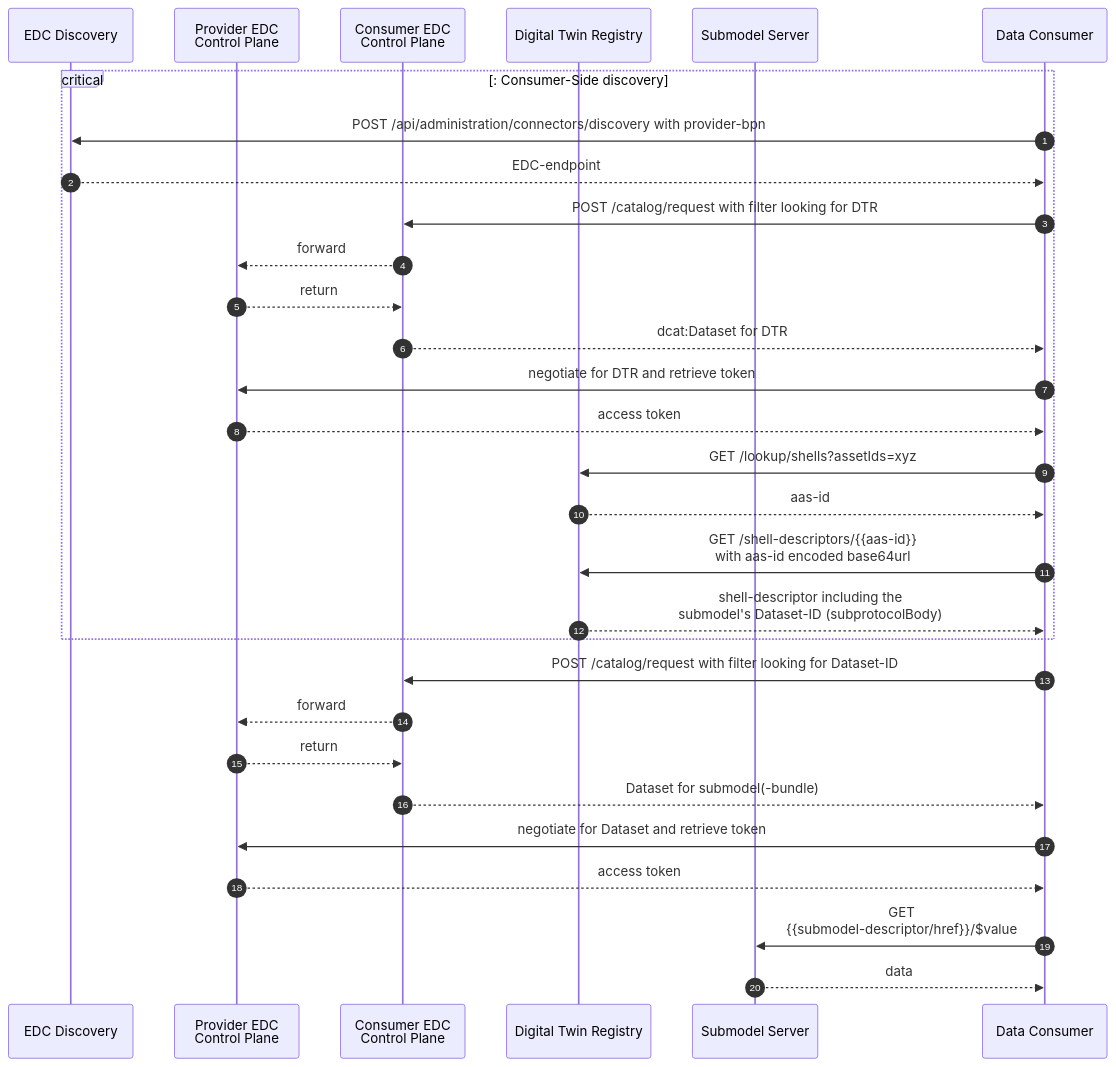
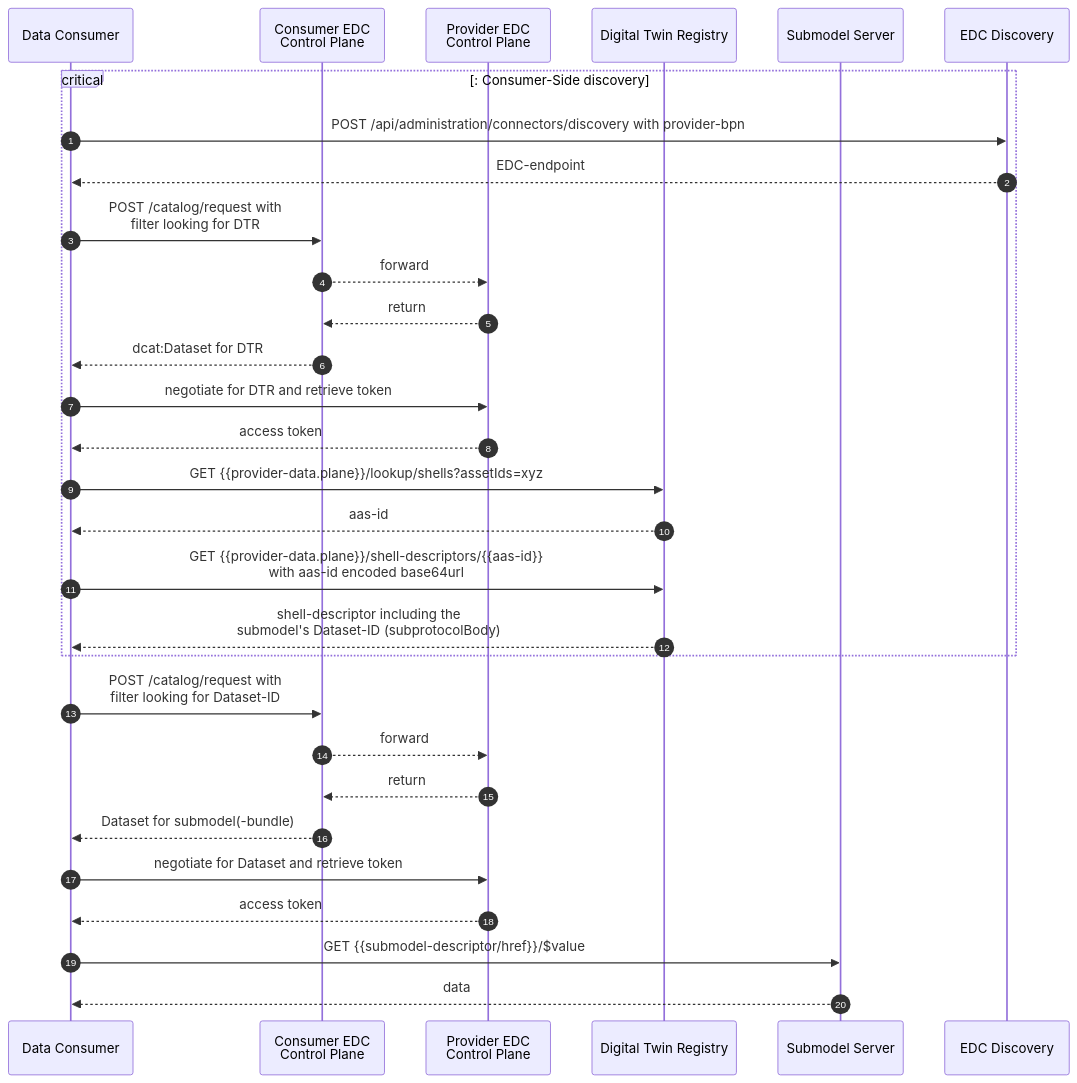
The third of 6 diagrams in docs-kits/kits/Digital Twin Kit/Software Development View/page_interaction-patterns.md (eclipse-tractusx/eclipse-tractusx.github.io), drawn with Mermaid before and after one commit. The commit also changed other lines of this file and 1 other file, not shown here.

Commit message:
docs(dt): link to def of assetIds and IC kit, fix mermaid flows, link to BPN definition

````diff
--- a/docs-kits/kits/Digital Twin Kit/Software Development View/page_interaction-patterns.md
+++ b/docs-kits/kits/Digital Twin Kit/Software Development View/page_interaction-patterns.md
@@ -80,32 +82,33 @@
 ```mermaid
 sequenceDiagram
-    participant EDCD as EDC Discovery
+    participant Con as Data Consumer
+    participant CEDC as Consumer EDC <br/>Control Plane
     participant PEDC as Provider EDC <br/>Control Plane
-    participant CEDC as Consumer EDC <br/>Control Plane
     participant DTR as Digital Twin Registry
     participant SM as Submodel Server
-    participant Con as Data Consumer
+    participant EDCD as EDC Discovery
+
 autonumber
     critical: Consumer-Side discovery
         Con->>EDCD: POST /api/administration/connectors/discovery with provider-bpn
         EDCD-->>Con: EDC-endpoint
-        Con->>CEDC: POST /catalog/request with filter looking for DTR
+        Con->>CEDC: POST /catalog/request with <br/>filter looking for DTR
         CEDC-->>PEDC: forward
         PEDC-->>CEDC: return
         CEDC-->>Con: dcat:Dataset for DTR
         Con->>PEDC: negotiate for DTR and retrieve token
         PEDC-->>Con: access token
-        Con->>DTR: GET /lookup/shells?assetIds=xyz
+        Con->>DTR: GET {{provider-data.plane}}/lookup/shells?assetIds=xyz
         DTR-->>Con: aas-id
-        Con->>DTR: GET /shell-descriptors/{{aas-id}} <br/> with aas-id encoded base64url
+        Con->>DTR: GET {{provider-data.plane}}/shell-descriptors/{{aas-id}} <br/> with aas-id encoded base64url
         DTR-->>Con: shell-descriptor including the  <br/> submodel's Dataset-ID (subprotocolBody)
      end
-        Con->>CEDC: POST /catalog/request with filter looking for Dataset-ID
+        Con->>CEDC: POST /catalog/request with <br/>filter looking for Dataset-ID
         CEDC-->>PEDC: forward
         PEDC-->>CEDC: return
         CEDC-->>Con: Dataset for submodel(-bundle)
         Con->>PEDC: negotiate for Dataset and retrieve token
         PEDC-->>Con: access token
-        Con->>SM: GET <br/>{{submodel-descriptor/href}}/$value
+        Con->>SM: GET {{submodel-descriptor/href}}/$value
         SM-->>Con: data
 ```
````
